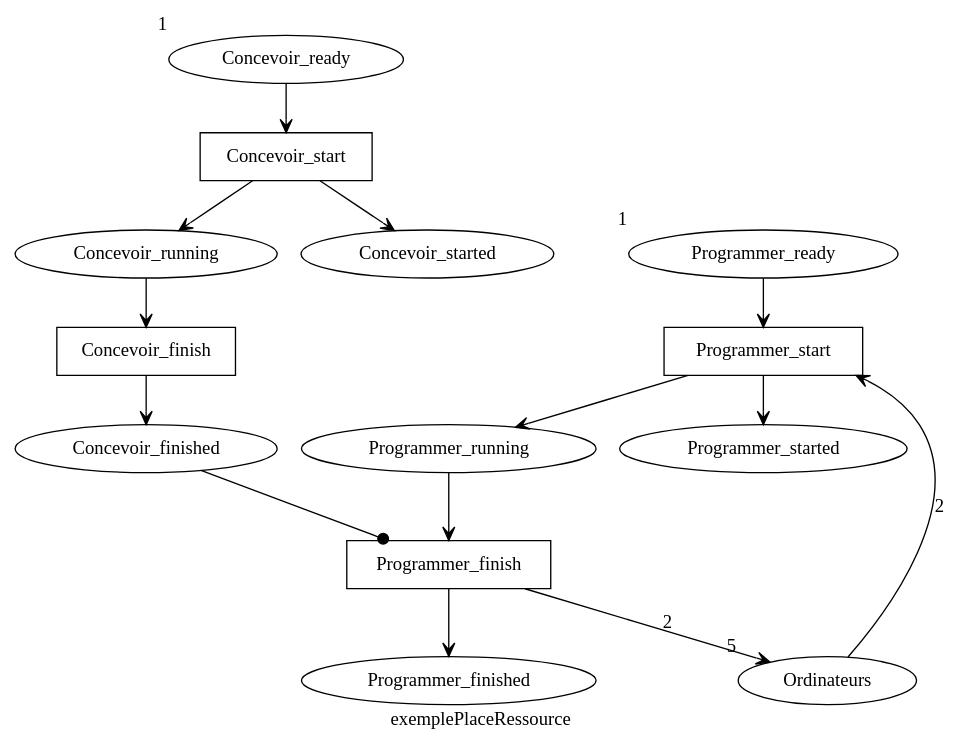
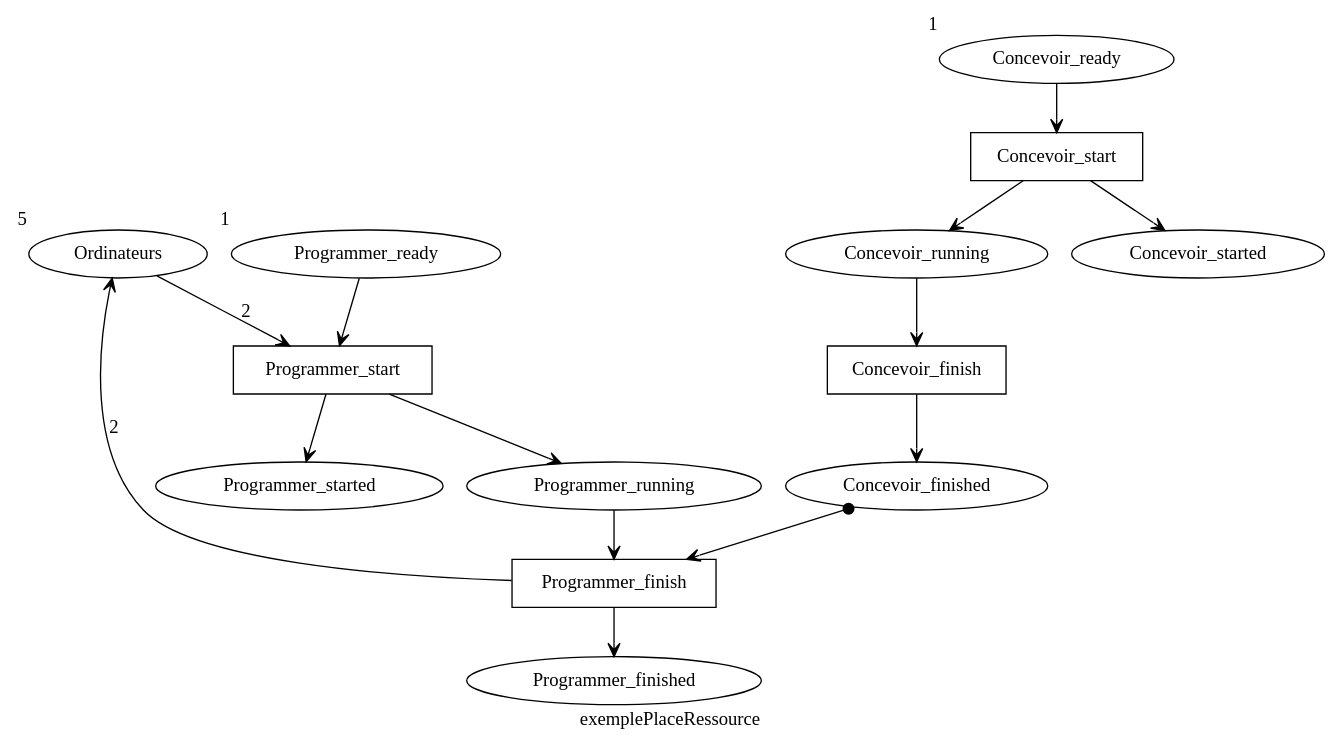
The diagram in src/fr.n7.petriNet.todot/output/rapport/exemplePlaceRessource.dot (louis-thevenet/n7-mini-projet-IDM), drawn with Graphviz before and after one commit. The commit also changed 3 other files, not shown here.

```diff
--- a/src/fr.n7.petriNet.todot/output/rapport/exemplePlaceRessource.dot
+++ b/src/fr.n7.petriNet.todot/output/rapport/exemplePlaceRessource.dot
@@ -1,32 +1,32 @@
 digraph exemplePlaceRessource {
 label=exemplePlaceRessource
 
+Ordinateurs [xlabel=5];
 Programmer_ready [xlabel=1];
 Programmer_started ;
 Programmer_running ;
 Programmer_finished ;
 Programmer_start [shape=rectangle] ;
 Programmer_finish [shape=rectangle] ;
 Concevoir_ready [xlabel=1];
 Concevoir_started ;
 Concevoir_running ;
 Concevoir_finished ;
 Concevoir_start [shape=rectangle] ;
 Concevoir_finish [shape=rectangle] ;
-Ordinateurs [xlabel=5];
 
+Ordinateurs -> Programmer_start  [arrowhead=vee]  [label=2];
+Programmer_finish -> Ordinateurs  [arrowhead=vee]  [label=2];
 Programmer_ready -> Programmer_start  [arrowhead=vee]  ;
 Programmer_start -> Programmer_running  [arrowhead=vee]  ;
 Programmer_start -> Programmer_started  [arrowhead=vee]  ;
 Programmer_running -> Programmer_finish  [arrowhead=vee]  ;
 Programmer_finish -> Programmer_finished  [arrowhead=vee]  ;
 Concevoir_ready -> Concevoir_start  [arrowhead=vee]  ;
 Concevoir_start -> Concevoir_running  [arrowhead=vee]  ;
 Concevoir_start -> Concevoir_started  [arrowhead=vee]  ;
 Concevoir_running -> Concevoir_finish  [arrowhead=vee]  ;
 Concevoir_finish -> Concevoir_finished  [arrowhead=vee]  ;
-Concevoir_finished -> Programmer_finish [dir=forward] [arrowhead=dot]  ;
-Ordinateurs -> Programmer_start  [arrowhead=vee]  [label=2];
-Programmer_finish -> Ordinateurs  [arrowhead=vee]  [label=2];
+Concevoir_finished -> Programmer_finish [dir=both]   [arrowhead=vee] [arrowtail=dot]  ;
 
 }
```
